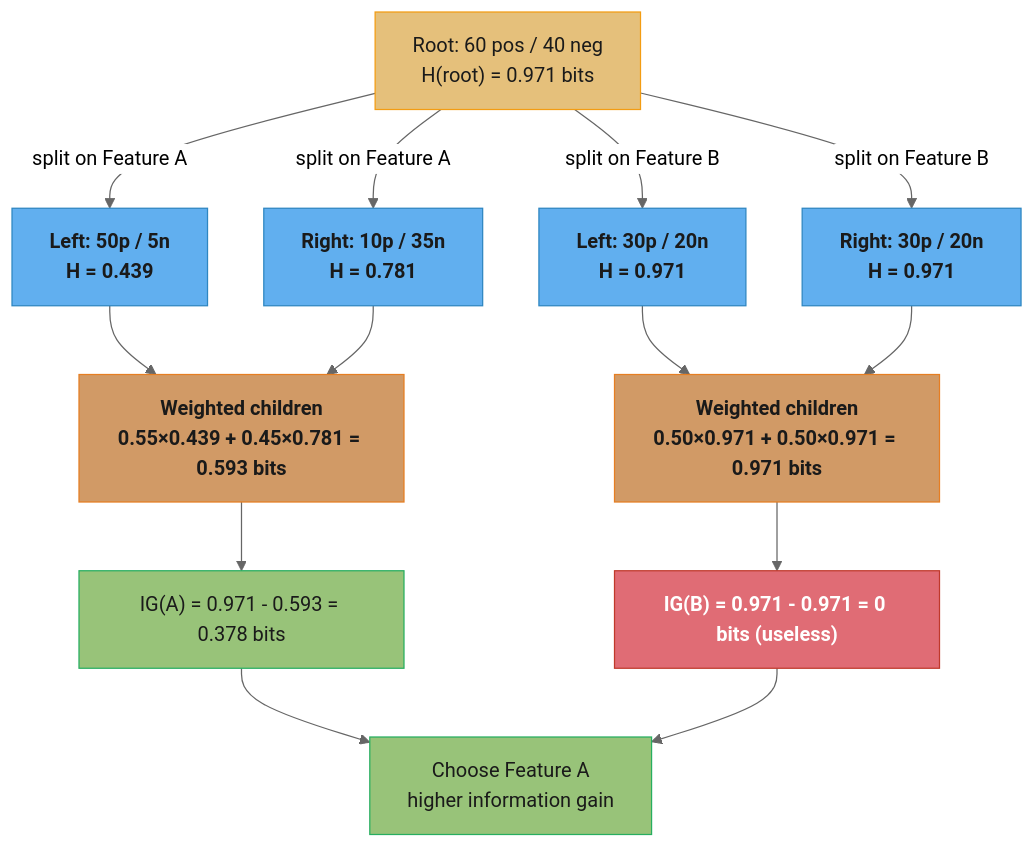
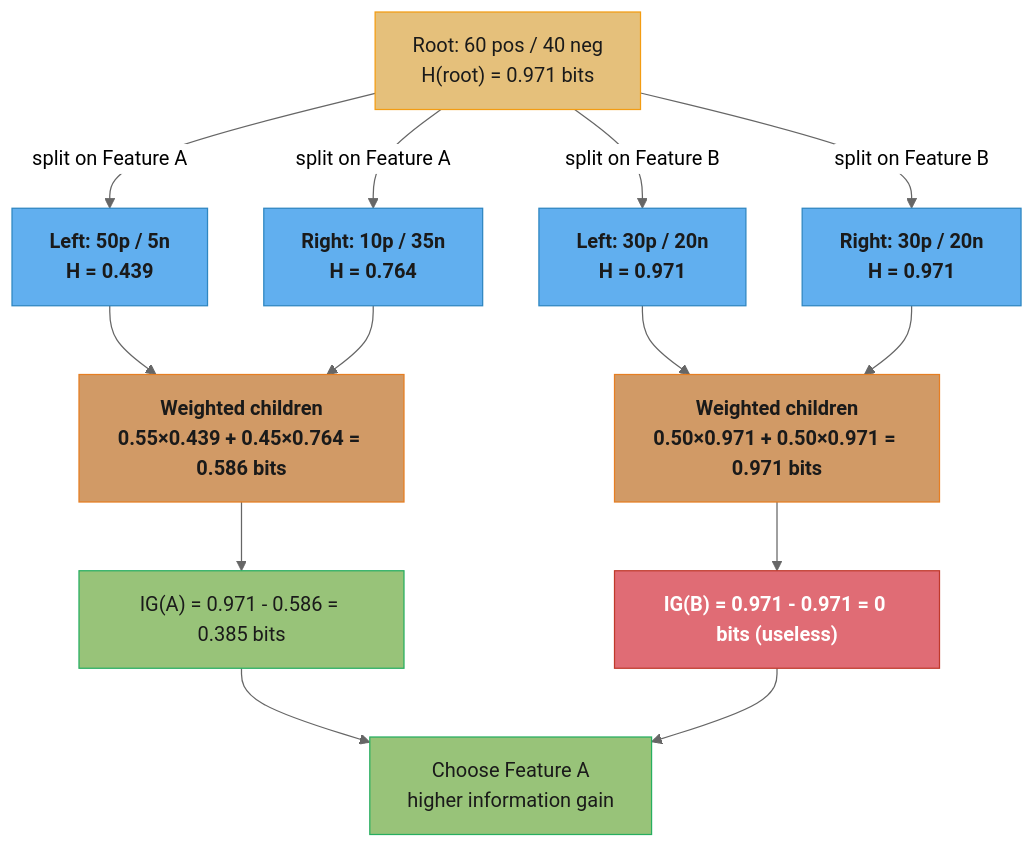
The second of 4 diagrams in src/main/java/com/rutik/systemdesign/ml/information_theory/README.md (rppol/system-design), drawn with Mermaid (neutral theme) before and after one commit. The commit also changed other lines of this file and 81 other files, not shown here.

````diff
--- a/src/main/java/com/rutik/systemdesign/ml/information_theory/README.md
+++ b/src/main/java/com/rutik/systemdesign/ml/information_theory/README.md
@@ -88,32 +278,32 @@
 ```mermaid
 %%{init: {'flowchart': {'curve': 'basis', 'nodeSpacing': 45, 'rankSpacing': 55}}}%%
 flowchart TD
     classDef io      fill:#61afef,stroke:#2e86c1,color:#1a1a1a,font-weight:bold
     classDef frozen  fill:#c678dd,stroke:#9b59b6,color:#fff
     classDef train   fill:#98c379,stroke:#27ae60,color:#1a1a1a
     classDef mathOp  fill:#d19a66,stroke:#e67e22,color:#1a1a1a,font-weight:bold
     classDef lossN   fill:#e06c75,stroke:#c0392b,color:#fff,font-weight:bold
     classDef req     fill:#56b6c2,stroke:#0097a7,color:#1a1a1a
     classDef base    fill:#e5c07b,stroke:#f39c12,color:#1a1a1a
 
     root["Root: 60 pos / 40 neg\nH(root) = 0.971 bits"]
     root -->|"split on Feature A"| aL["Left: 50p / 5n\nH = 0.439"]
-    root -->|"split on Feature A"| aR["Right: 10p / 35n\nH = 0.781"]
-    aL --> aW["Weighted children\n0.55×0.439 + 0.45×0.781 = 0.593 bits"]
+    root -->|"split on Feature A"| aR["Right: 10p / 35n\nH = 0.764"]
+    aL --> aW["Weighted children\n0.55×0.439 + 0.45×0.764 = 0.586 bits"]
     aR --> aW
-    aW --> aIG["IG(A) = 0.971 - 0.593 = 0.378 bits"]
+    aW --> aIG["IG(A) = 0.971 - 0.586 = 0.385 bits"]
     root -->|"split on Feature B"| bL["Left: 30p / 20n\nH = 0.971"]
     root -->|"split on Feature B"| bR["Right: 30p / 20n\nH = 0.971"]
     bL --> bW["Weighted children\n0.50×0.971 + 0.50×0.971 = 0.971 bits"]
     bR --> bW
     bW --> bIG["IG(B) = 0.971 - 0.971 = 0 bits (useless)"]
     aIG --> pick["Choose Feature A\nhigher information gain"]
     bIG --> pick
 
     class root base
     class aL,aR,bL,bR io
     class aW,bW mathOp
     class aIG train
     class bIG lossN
     class pick train
 ```
````
